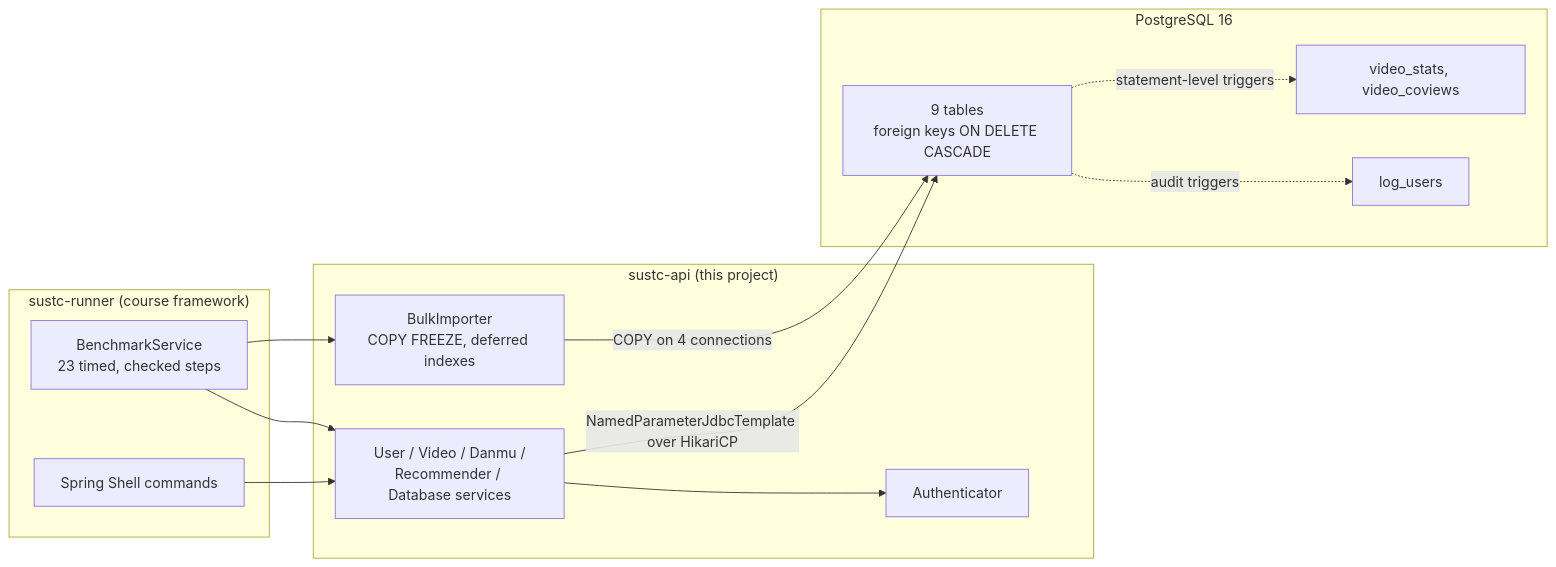
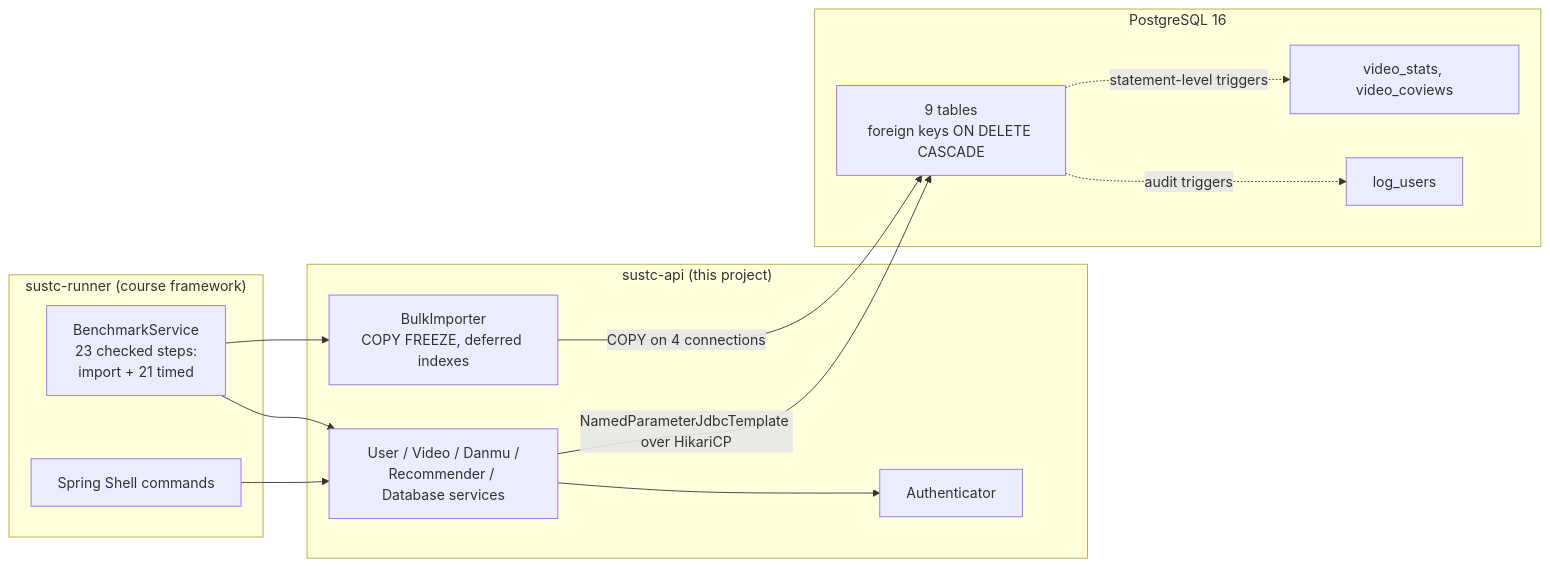
Before and after one commit to smallfishsworld/Video-Sharing-Platform-Database-System: the first of 2 diagrams in README.md, drawn with Mermaid. The commit also changed other lines of this file, not shown here.

````diff
--- a/README.md
+++ b/README.md
@@ -33,25 +34,25 @@
 ```mermaid
 flowchart LR
     subgraph runner["sustc-runner (course framework)"]
         shell["Spring Shell commands"]
-        bench["BenchmarkService<br/>23 timed, checked steps"]
+        bench["BenchmarkService<br/>23 checked steps:<br/>import + 21 timed"]
     end
     subgraph api["sustc-api (this project)"]
         services["User / Video / Danmu /<br/>Recommender / Database services"]
         auth["Authenticator"]
         importer["BulkImporter<br/>COPY FREEZE, deferred indexes"]
     end
     subgraph pg["PostgreSQL 16"]
         tables["9 tables<br/>foreign keys ON DELETE CASCADE"]
         derived["video_stats, video_coviews"]
         audit["log_users"]
     end
     shell --> services
     bench --> services
     bench --> importer
     services --> auth
     services -- "NamedParameterJdbcTemplate over HikariCP" --> tables
     importer -- "COPY on 4 connections" --> tables
     tables -. "statement-level triggers" .-> derived
     tables -. "audit triggers" .-> audit
 ```
````
